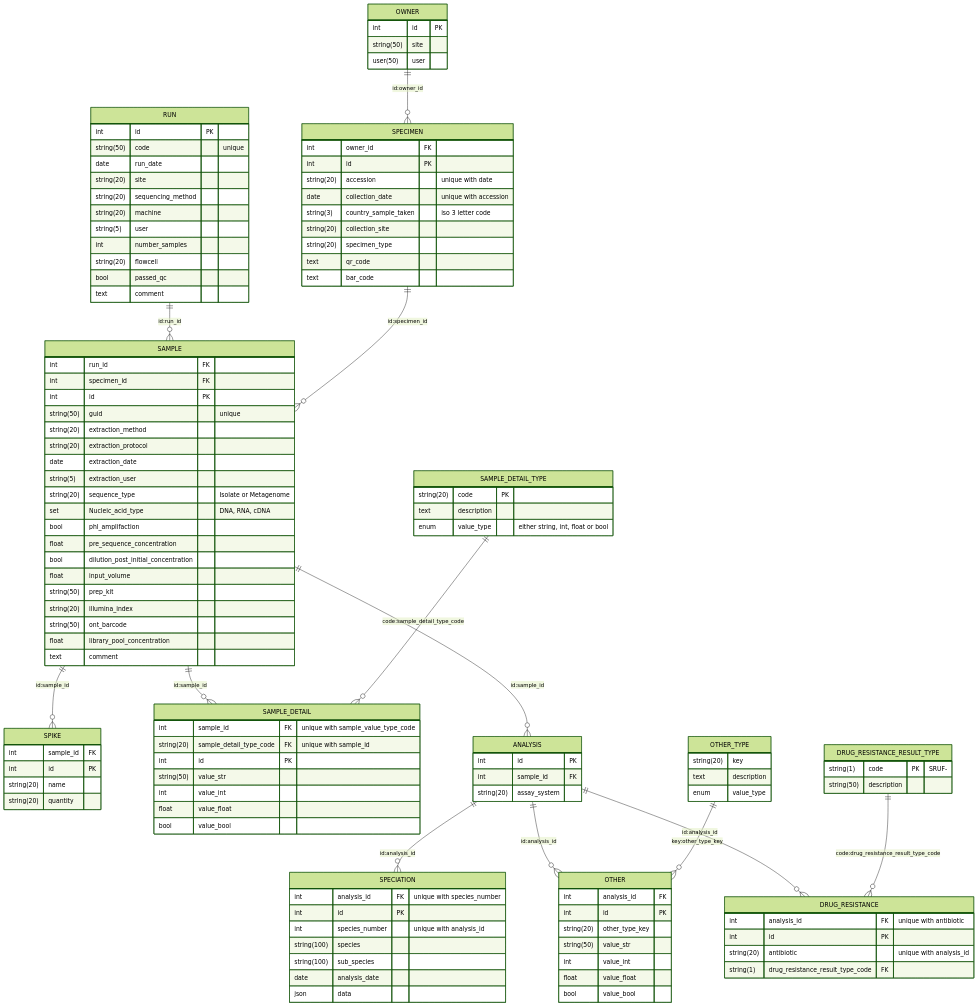
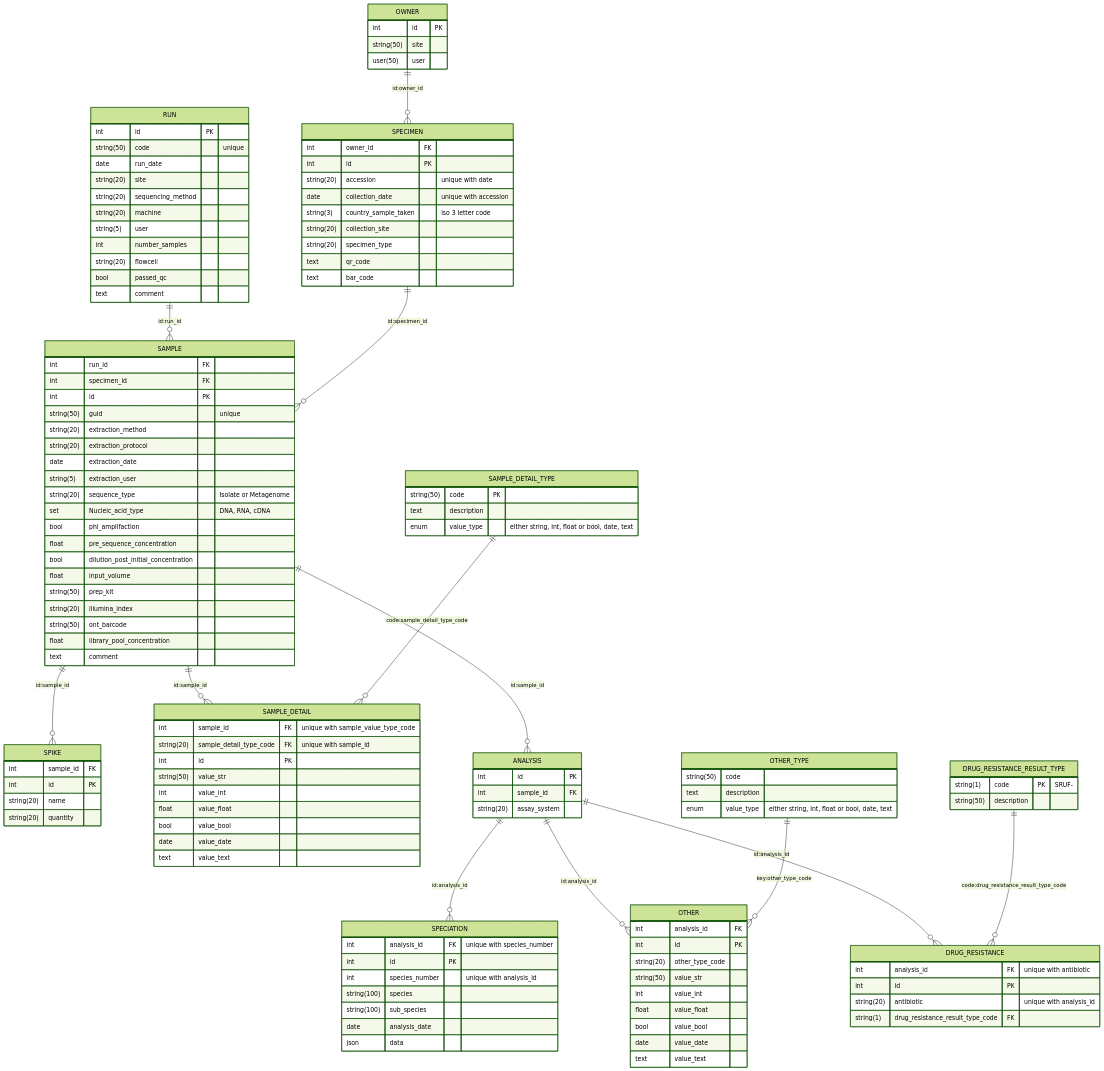
One commit to oxfordmmm/gpas_local_db changed the diagram in docs/database-layout.md. Above: the diagram before and after it, drawn with Mermaid (forest theme). The commit also changed 5 other files, not shown here.

Commit message:
Changed key to code and increased size of code

```diff
--- a/docs/database-layout.md
+++ b/docs/database-layout.md
@@ -71,12 +71,14 @@
         int value_int
         float value_float
         bool value_bool
+        date value_date
+        text value_text
     }
 
     SAMPLE_DETAIL_TYPE {
-        string(20) code PK
+        string(50) code PK
         text description
-        enum value_type "either string, int, float or bool"
+        enum value_type "either string, int, float or bool, date, text"
     }
 
     ANALYSIS {
@@ -110,17 +112,19 @@
     OTHER {
         int analysis_id FK
         int id PK
-        string(20) other_type_key
+        string(20) other_type_code
         string(50) value_str
         int value_int
         float value_float
         bool value_bool
+        date value_date
+        text value_text
     }
 
     OTHER_TYPE {
-        string(20) key
+        string(50) code
         text description
-        enum value_type
+        enum value_type "either string, int, float or bool, date, text"
     }
 
     RUN ||--o{ SAMPLE : "id:run_id"
@@ -130,7 +134,7 @@
     SAMPLE ||--o{ SPIKE : "id:sample_id"
     ANALYSIS ||--o{ SPECIATION : "id:analysis_id"
     ANALYSIS ||--o{ OTHER : "id:analysis_id"
-    OTHER_TYPE ||--o{ OTHER : "key:other_type_key"
+    OTHER_TYPE ||--o{ OTHER : "key:other_type_code"
     ANALYSIS ||--o{ DRUG_RESISTANCE : "id:analysis_id"
     DRUG_RESISTANCE_RESULT_TYPE ||--o{ DRUG_RESISTANCE : "code:drug_resistance_result_type_code"
     SAMPLE ||--o{ SAMPLE_DETAIL: "id:sample_id"
```
